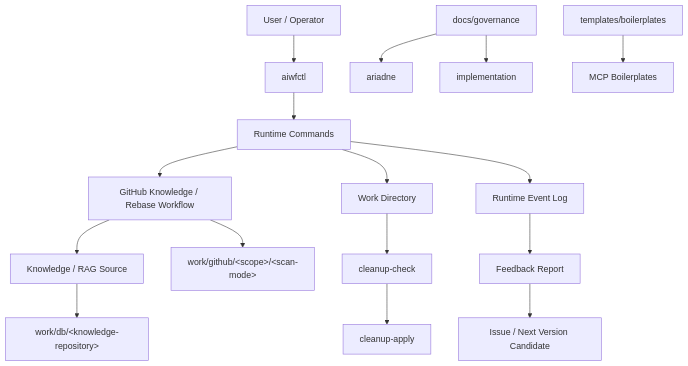
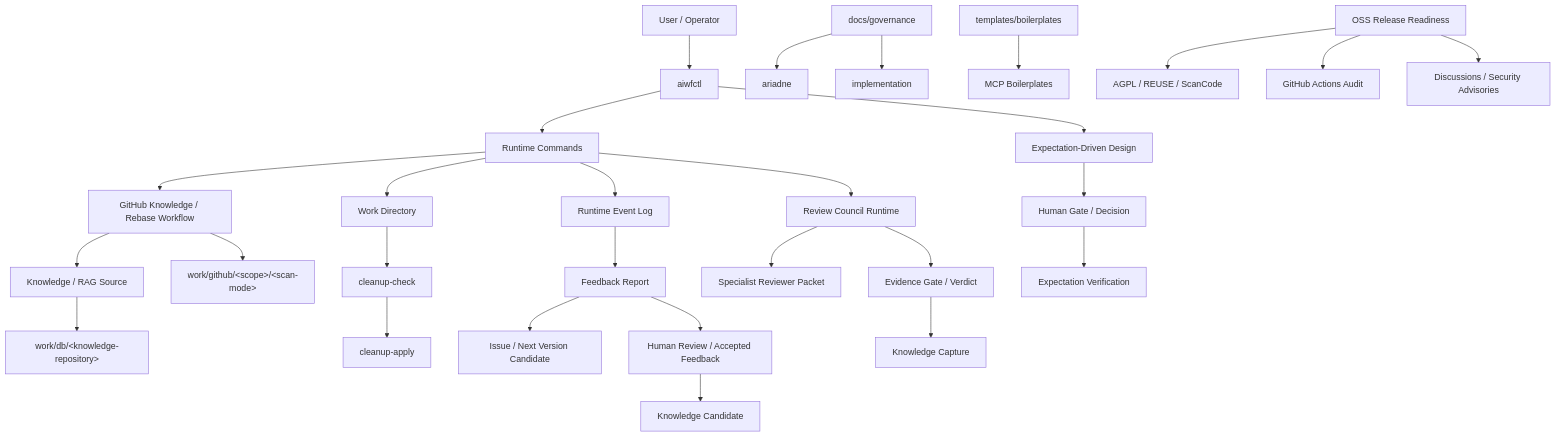
The diagram in docs/development-notes/v0.0.2.md (inabako/ariadne-ai-workflow-platform), drawn with Mermaid before and after one commit. The commit also changed other lines of this file, not shown here.

First line of the commit message:
docs(release): v0.0.2開発ノートにOSS公開準備の到達点を記録

````diff
--- a/docs/development-notes/v0.0.2.md
+++ b/docs/development-notes/v0.0.2.md
@@ -39,24 +42,39 @@
 ```mermaid
 flowchart TD
     User[User / Operator] --> CTL[aiwfctl]
 
     CTL --> Runtime[Runtime Commands]
     Runtime --> GitHub[GitHub Knowledge / Rebase Workflow]
     Runtime --> Work[Work Directory]
     Runtime --> EventLog[Runtime Event Log]
 
     GitHub --> Knowledge[Knowledge / RAG Source]
     Knowledge --> DBBackup["work/db/&lt;knowledge-repository&gt;"]
     GitHub --> GitHubWork["work/github/&lt;scope&gt;/&lt;scan-mode&gt;"]
 
     Work --> CleanupCheck[cleanup-check]
     CleanupCheck --> CleanupApply[cleanup-apply]
 
     EventLog --> Feedback[Feedback Report]
     Feedback --> IssueCandidate[Issue / Next Version Candidate]
+    Feedback --> FeedbackReview[Human Review / Accepted Feedback]
+    FeedbackReview --> FeedbackKnowledge[Knowledge Candidate]
+
+    Runtime --> ReviewCouncil[Review Council Runtime]
+    ReviewCouncil --> Specialist[Specialist Reviewer Packet]
+    ReviewCouncil --> Verdict[Evidence Gate / Verdict]
+    Verdict --> KnowledgeCapture[Knowledge Capture]
 
     Governance[docs/governance] --> AriadneGov[ariadne]
     Governance --> ImplGov[implementation]
 
     Templates[templates/boilerplates] --> MCP[MCP Boilerplates]
+
+    CTL --> Design[Expectation-Driven Design]
+    Design --> HumanGate[Human Gate / Decision]
+    HumanGate --> Verification[Expectation Verification]
+
+    OSS[OSS Release Readiness] --> License[AGPL / REUSE / ScanCode]
+    OSS --> GitHubActions[GitHub Actions Audit]
+    OSS --> Contact[Discussions / Security Advisories]
 ```
````
